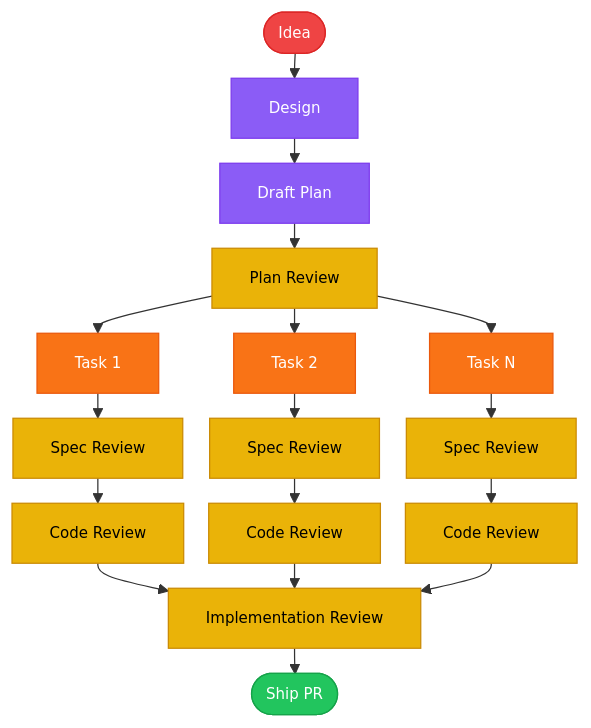
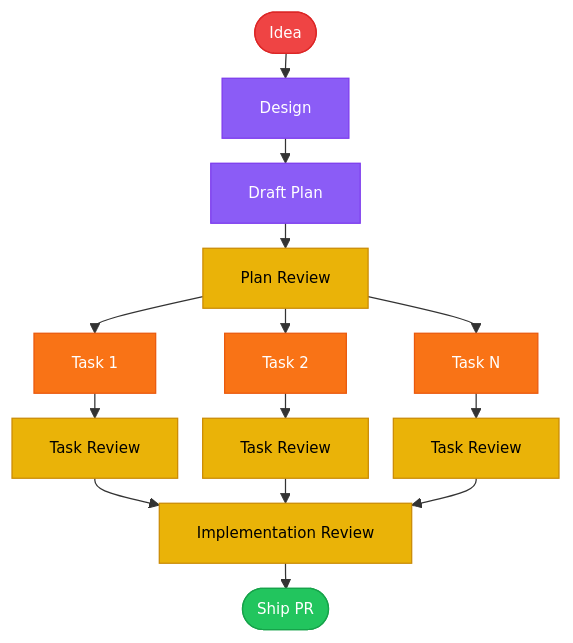
Before and after one commit to Tapnetix/tcoder: the diagram in README.md, drawn with Mermaid. The commit also changed other lines of this file and 8 other files, not shown here.

````diff
--- a/README.md
+++ b/README.md
@@ -21,37 +21,31 @@
 ```mermaid
 %%{init: {'flowchart': {'nodeSpacing': 20, 'rankSpacing': 20}, 'themeVariables': {'fontSize': '12px'}}}%%
 flowchart TD
     A([Idea]) --> B[Design]
     B --> C[Draft Plan]
     C --> D[Plan Review]
 
     D --> T1[Task 1]
     D --> T2[Task 2]
     D --> TN[Task N]
 
-    T1 --> S1[Spec Review]
-    S1 --> C1[Code Review]
-    T2 --> S2[Spec Review]
-    S2 --> C2[Code Review]
-    TN --> SN[Spec Review]
-    SN --> CN[Code Review]
+    T1 --> R1[Task Review]
+    T2 --> R2[Task Review]
+    TN --> RN[Task Review]
 
-    C1 & C2 & CN --> IR[Implementation Review]
+    R1 & R2 & RN --> IR[Implementation Review]
     IR --> Ship([Ship PR])
 
     style A    fill:#ef4444,stroke:#dc2626,color:#fff
     style B    fill:#8b5cf6,stroke:#7c3aed,color:#fff
     style C    fill:#8b5cf6,stroke:#7c3aed,color:#fff
     style D    fill:#eab308,stroke:#ca8a04,color:#000
     style T1   fill:#f97316,stroke:#ea580c,color:#fff
     style T2   fill:#f97316,stroke:#ea580c,color:#fff
     style TN   fill:#f97316,stroke:#ea580c,color:#fff
-    style S1   fill:#eab308,stroke:#ca8a04,color:#000
-    style C1   fill:#eab308,stroke:#ca8a04,color:#000
-    style S2   fill:#eab308,stroke:#ca8a04,color:#000
-    style C2   fill:#eab308,stroke:#ca8a04,color:#000
-    style SN   fill:#eab308,stroke:#ca8a04,color:#000
-    style CN   fill:#eab308,stroke:#ca8a04,color:#000
+    style R1   fill:#eab308,stroke:#ca8a04,color:#000
+    style R2   fill:#eab308,stroke:#ca8a04,color:#000
+    style RN   fill:#eab308,stroke:#ca8a04,color:#000
     style IR   fill:#eab308,stroke:#ca8a04,color:#000
     style Ship fill:#22c55e,stroke:#16a34a,color:#fff
 ```
````
